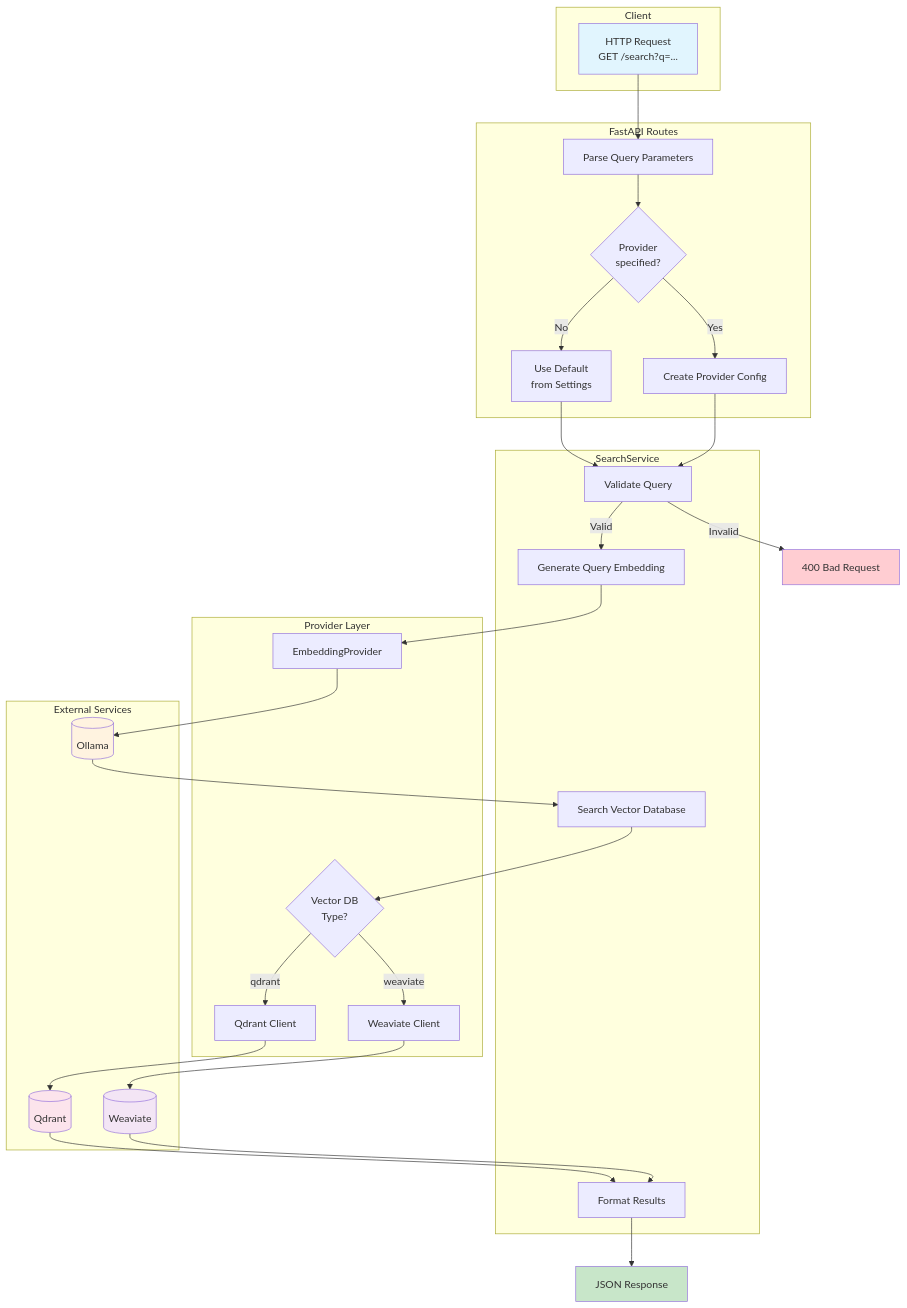
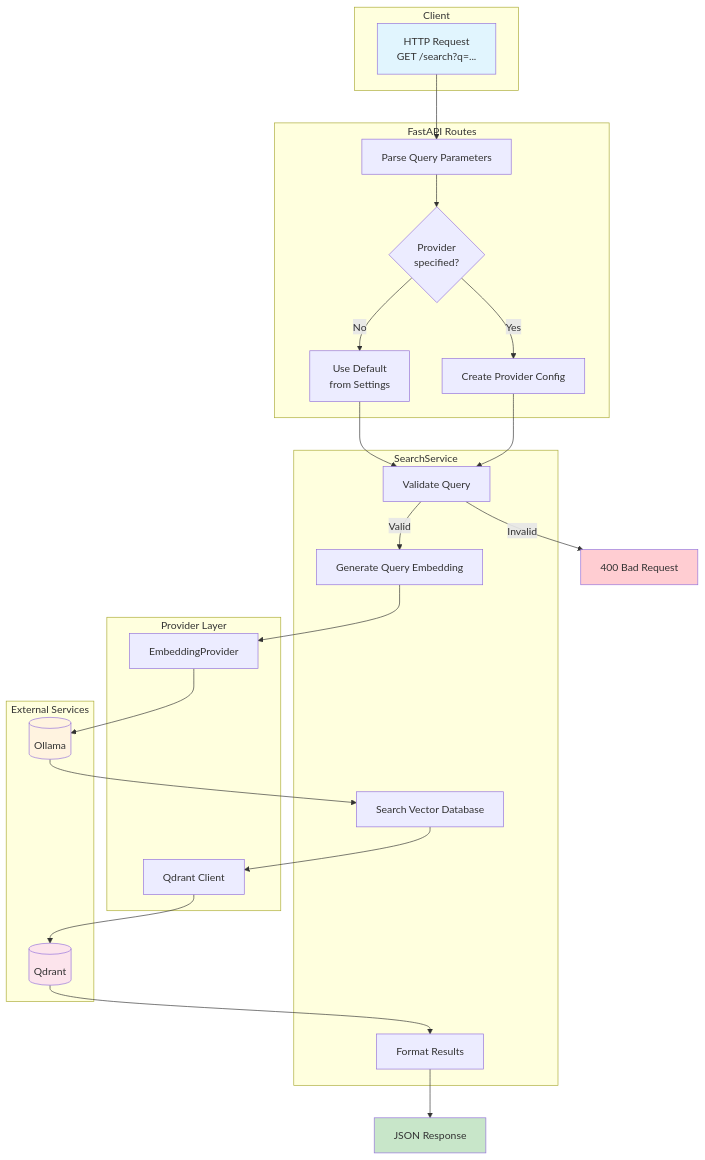
Before and after one commit to gt-sse-center/iNatInq: the diagram in charts/query-engine-flowchart.md, drawn with Mermaid. The commit also changed other lines of this file and 75 other files, not shown here.

First line of the commit message:
refactor: remove Weaviate vector DB provider support

````diff
--- a/charts/query-engine-flowchart.md
+++ b/charts/query-engine-flowchart.md
@@ -3,60 +3,52 @@
 ```mermaid
 flowchart TB
     subgraph Client
         A[HTTP Request<br/>GET /search?q=...]
     end
 
     subgraph API["FastAPI Routes"]
         B[Parse Query Parameters]
         C{Provider<br/>specified?}
         D[Use Default<br/>from Settings]
         E[Create Provider Config]
     end
 
     subgraph Service["SearchService"]
         F[Validate Query]
         G[Generate Query Embedding]
         H[Search Vector Database]
         I[Format Results]
     end
 
     subgraph Providers["Provider Layer"]
         J[EmbeddingProvider]
-        K{Vector DB<br/>Type?}
         L[Qdrant Client]
-        M[Weaviate Client]
     end
 
     subgraph External["External Services"]
         N[(Ollama)]
         O[(Qdrant)]
-        P[(Weaviate)]
     end
 
     A --> B
     B --> C
     C -->|No| D
     C -->|Yes| E
     D --> F
     E --> F
     F -->|Valid| G
     F -->|Invalid| Z[400 Bad Request]
     G --> J
     J --> N
     N --> H
-    H --> K
-    K -->|qdrant| L
-    K -->|weaviate| M
+    H --> L
     L --> O
-    M --> P
     O --> I
-    P --> I
     I --> Y[JSON Response]
 
     style A fill:#e1f5fe
     style Y fill:#c8e6c9
     style Z fill:#ffcdd2
     style N fill:#fff3e0
     style O fill:#fce4ec
-    style P fill:#f3e5f5
 ```
````
